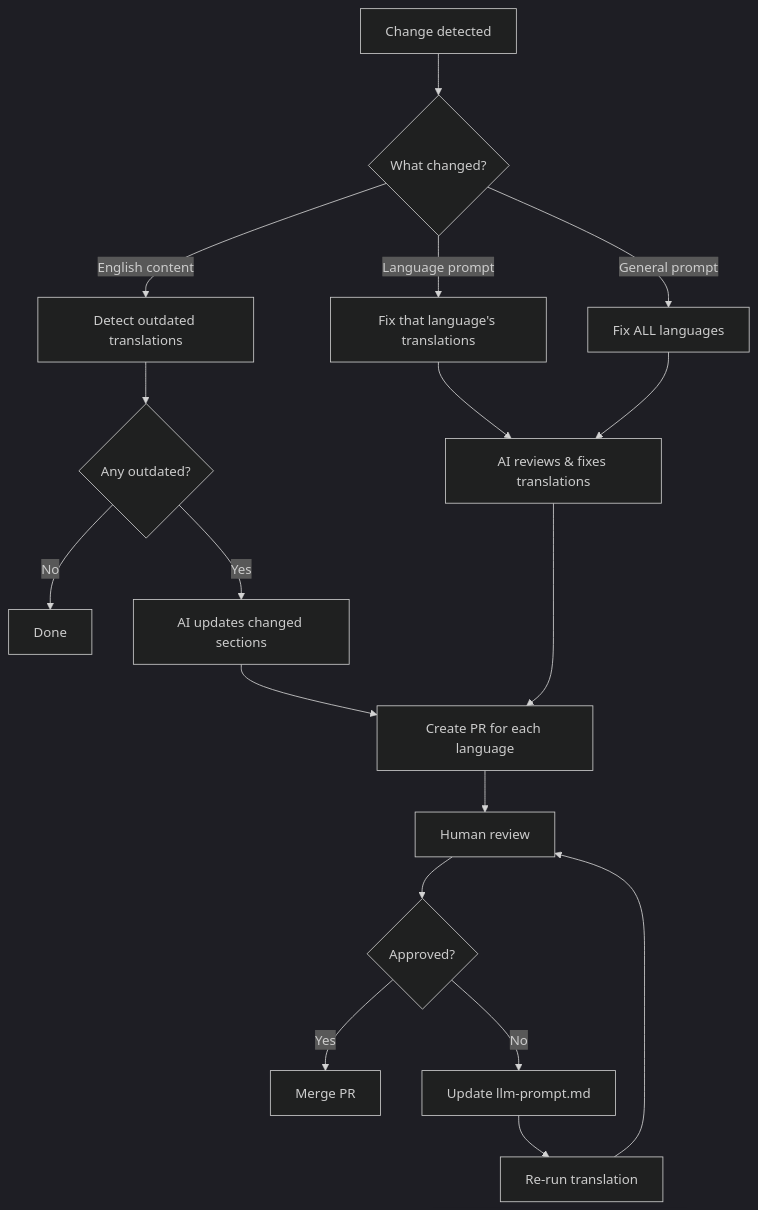
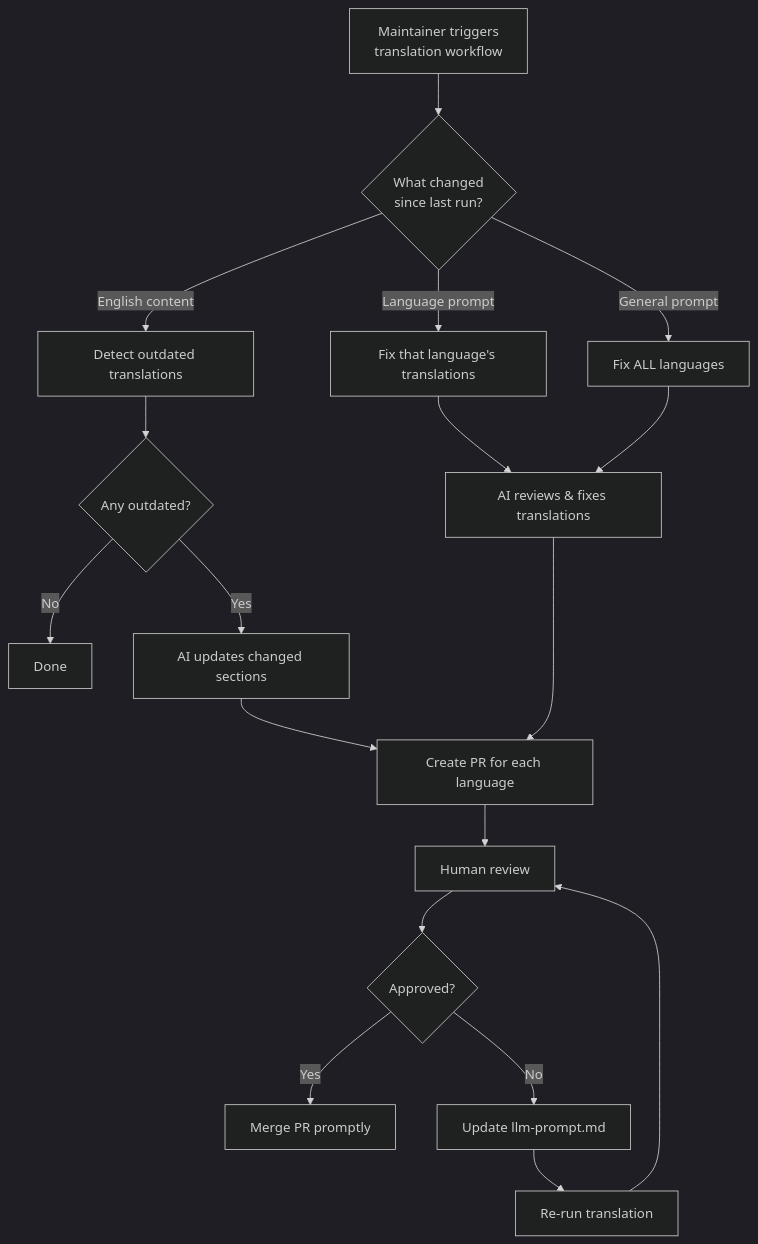
Before and after one commit to GrootJ/nextflow_training: the second of 3 diagrams in TRANSLATING.md, drawn with Mermaid (dark theme). The commit also changed other lines of this file and 9 other files, not shown here.

First line of the commit message:
Update docs to reflect manual translation workflow (#906)

````diff
--- a/TRANSLATING.md
+++ b/TRANSLATING.md
@@ -154,20 +158,20 @@
 ```mermaid
 flowchart TD
-    A[Change detected] --> B{What changed?}
+    A[Maintainer triggers<br>translation workflow] --> B{What changed<br>since last run?}
     B -->|English content| C[Detect outdated translations]
     B -->|Language prompt| D[Fix that language's translations]
     B -->|General prompt| E[Fix ALL languages]
     C --> F{Any outdated?}
     F -->|No| G[Done]
     F -->|Yes| H[AI updates changed sections]
     D --> I[AI reviews & fixes translations]
     E --> I
     H --> J[Create PR for each language]
     I --> J
     J --> K[Human review]
     K --> L{Approved?}
-    L -->|Yes| M[Merge PR]
+    L -->|Yes| M[Merge PR promptly]
     L -->|No| N[Update llm-prompt.md]
     N --> O[Re-run translation]
     O --> K
 ```
````
